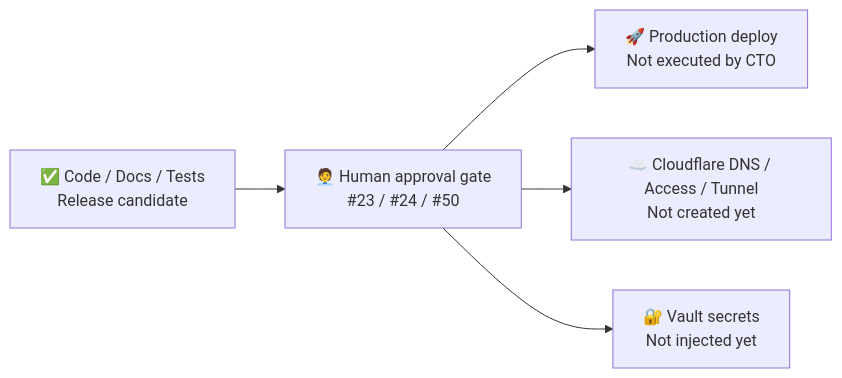
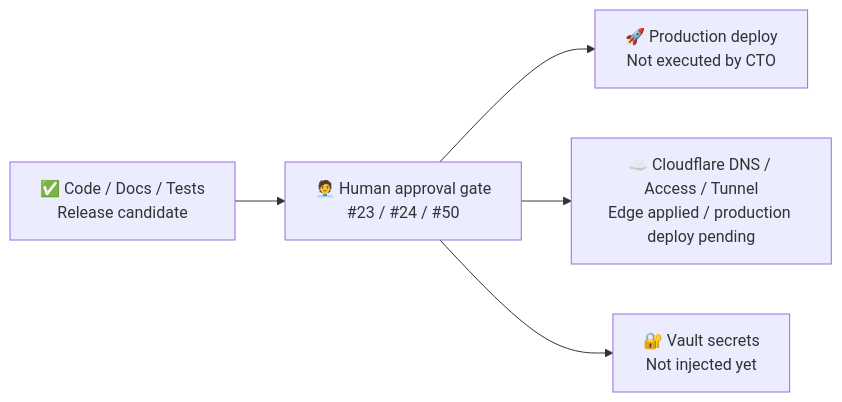
Before and after one commit to Kensan196948G/Construction-LegalOps-DX: the first of 6 diagrams in README.md, drawn with Mermaid. The commit also changed other lines of this file and 30 other files, not shown here.

````diff
--- a/README.md
+++ b/README.md
@@ -51,7 +52,7 @@
 ```mermaid
 flowchart LR
     Ready["✅ Code / Docs / Tests<br/>Release candidate"] --> Gate["🧑‍💼 Human approval gate<br/>#23 / #24 / #50"]
     Gate --> Deploy["🚀 Production deploy<br/>Not executed by CTO"]
-    Gate --> CF["☁️ Cloudflare DNS / Access / Tunnel<br/>Not created yet"]
+    Gate --> CF["☁️ Cloudflare DNS / Access / Tunnel<br/>Edge applied / production deploy pending"]
     Gate --> Secrets["🔐 Vault secrets<br/>Not injected yet"]
 ```
````
